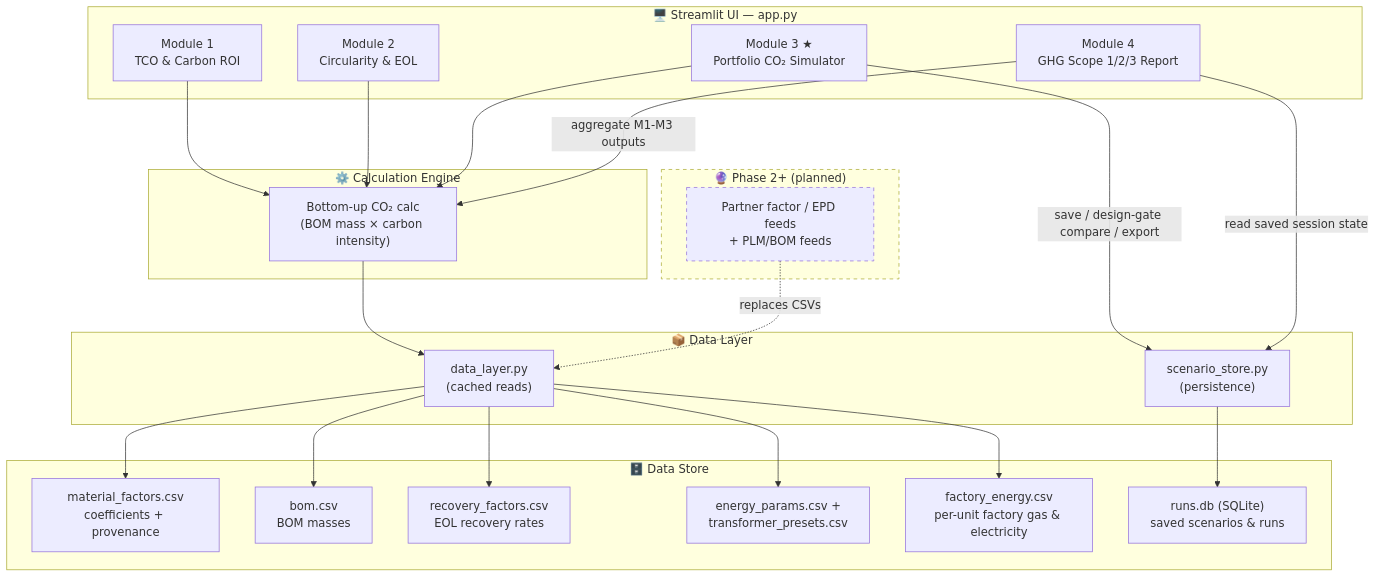
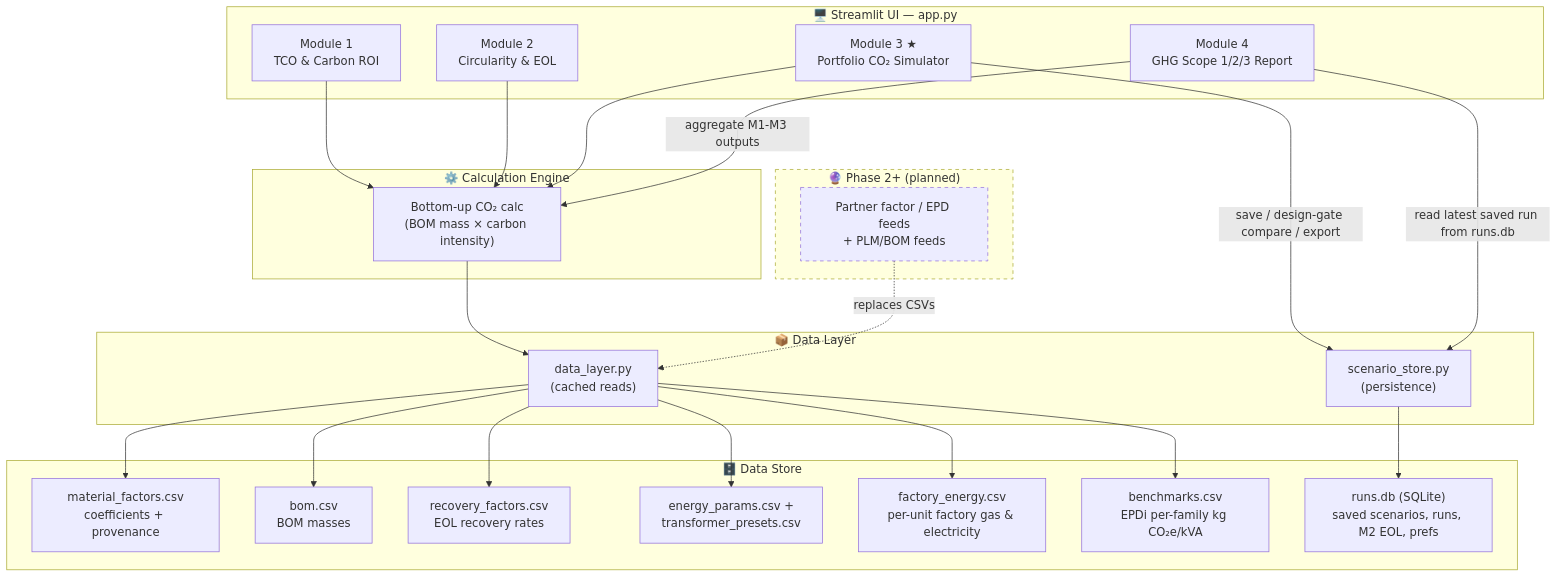
Before and after one commit to lugasraka/CO2-calculator-prototype-transformer: the first of 2 diagrams in README.md, drawn with Mermaid. The commit also changed other lines of this file and 5 other files, not shown here.

````diff
--- a/README.md
+++ b/README.md
@@ -43,49 +43,51 @@
 ```mermaid
 flowchart TD
     subgraph UI["🖥️ Streamlit UI — app.py"]
         M1["Module 1<br/>TCO & Carbon ROI"]
         M2["Module 2<br/>Circularity & EOL"]
         M3["Module 3 ★<br/>Portfolio CO₂ Simulator"]
         M4["Module 4<br/>GHG Scope 1/2/3 Report"]
     end
 
     subgraph LOGIC["⚙️ Calculation Engine"]
         CALC["Bottom-up CO₂ calc<br/>(BOM mass × carbon intensity)"]
     end
 
     subgraph DATA["📦 Data Layer"]
         DL["data_layer.py<br/>(cached reads)"]
         SS["scenario_store.py<br/>(persistence)"]
     end
 
     subgraph STORE["🗄️ Data Store"]
         MF["material_factors.csv<br/>coefficients + provenance"]
         BOM["bom.csv<br/>BOM masses"]
         RF["recovery_factors.csv<br/>EOL recovery rates"]
         EP["energy_params.csv +<br/>transformer_presets.csv"]
         FE["factory_energy.csv<br/>per-unit factory gas & electricity"]
-        DB["runs.db (SQLite)<br/>saved scenarios & runs"]
+        BM["benchmarks.csv<br/>EPDi per-family kg CO₂e/kVA"]
+        DB["runs.db (SQLite)<br/>saved scenarios, runs, M2 EOL, prefs"]
     end
 
     subgraph FUTURE["🔮 Phase 2+ (planned)"]
         FEED["Partner factor / EPD feeds<br/>+ PLM/BOM feeds"]
     end
 
     M1 --> CALC
     M2 --> CALC
     M3 --> CALC
     M4 -->|aggregate M1-M3 outputs| CALC
     CALC --> DL
     M3 -->|save / design-gate compare / export| SS
-    M4 -->|read saved session state| SS
+    M4 -->|read latest saved run from runs.db| SS
     DL --> MF
     DL --> BOM
     DL --> RF
     DL --> EP
     DL --> FE
+    DL --> BM
     SS --> DB
     FEED -.replaces CSVs.-> DL
 
     classDef future stroke-dasharray: 5 5;
     class FUTURE,FEED future;
 ```
````
